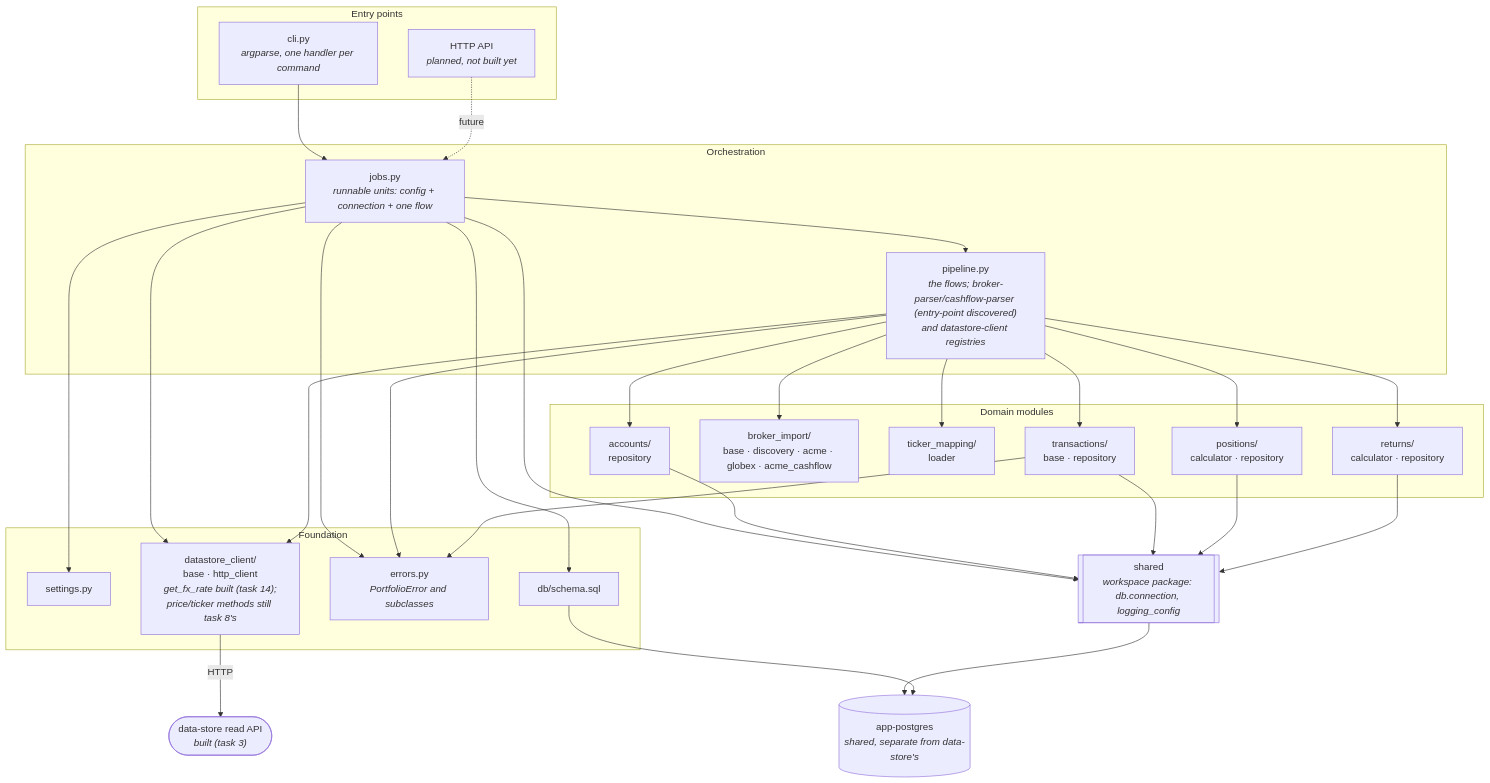
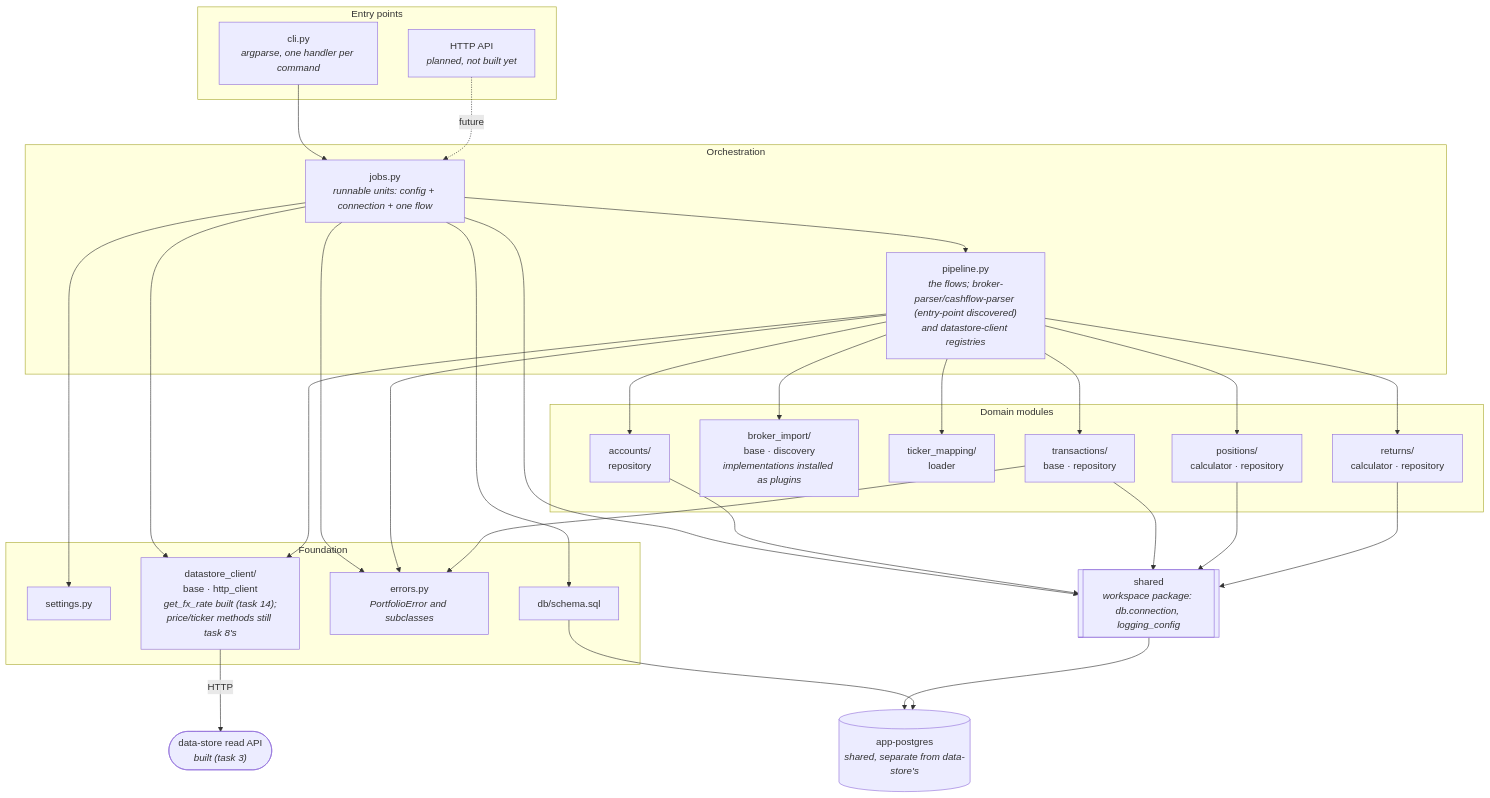
The first of 2 diagrams in services/portfolio/docs/architecture.md (jpedropereira/Stakehold), drawn with Mermaid before and after one commit. The commit also changed other lines of this file and 5 other files, not shown here.

````diff
--- a/services/portfolio/docs/architecture.md
+++ b/services/portfolio/docs/architecture.md
@@ -55,57 +55,57 @@
 ```mermaid
 flowchart TD
     subgraph entry["Entry points"]
         CLI["cli.py<br/><i>argparse, one handler per command</i>"]
         API["HTTP API<br/><i>planned, not built yet</i>"]
     end
 
     subgraph orch["Orchestration"]
         JOBS["jobs.py<br/><i>runnable units: config + connection + one flow</i>"]
         PIPE["pipeline.py<br/><i>the flows; broker-parser/cashflow-parser (entry-point discovered)<br/>and datastore-client registries</i>"]
     end
 
     subgraph domain["Domain modules"]
         ACC["accounts/<br/>repository"]
-        IMP["broker_import/<br/>base · discovery · acme · globex · acme_cashflow"]
+        IMP["broker_import/<br/>base · discovery<br/><i>implementations installed as plugins</i>"]
         MAP["ticker_mapping/<br/>loader"]
         TXN["transactions/<br/>base · repository"]
         POS["positions/<br/>calculator · repository"]
         RET["returns/<br/>calculator · repository"]
     end
 
     subgraph found["Foundation"]
         SET["settings.py"]
         DB["db/schema.sql"]
         ERR["errors.py<br/><i>PortfolioError and subclasses</i>"]
         DSC["datastore_client/<br/>base · http_client<br/><i>get_fx_rate built (task 14);<br/>price/ticker methods still task 8's</i>"]
     end
 
     SH[["shared<br/><i>workspace package: db.connection, logging_config</i>"]]
     PG[("app-postgres<br/><i>shared, separate from data-store's</i>")]
     DSAPI(["data-store read API<br/><i>built (task 3)</i>"])
 
     CLI --> JOBS
     API -.future.-> JOBS
     JOBS --> PIPE
     JOBS --> SET
     JOBS --> DB
     JOBS --> ERR
     JOBS --> DSC
     PIPE --> ACC
     PIPE --> IMP
     PIPE --> MAP
     PIPE --> TXN
     PIPE --> POS
     PIPE --> RET
     PIPE --> DSC
     PIPE --> ERR
     TXN --> ERR
     JOBS --> SH
     ACC --> SH
     TXN --> SH
     POS --> SH
     RET --> SH
     SH --> PG
     DB --> PG
     DSC -->|HTTP| DSAPI
 ```
````
